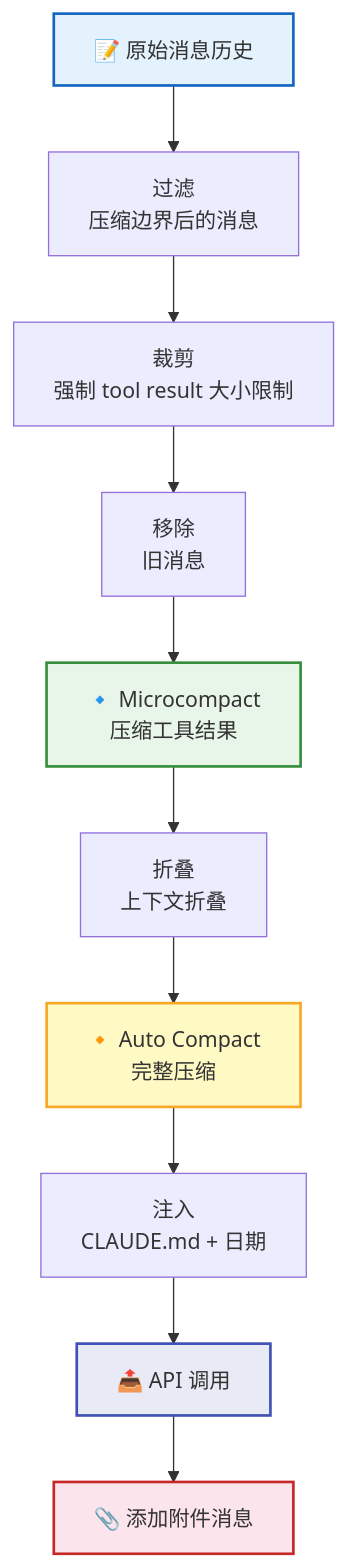
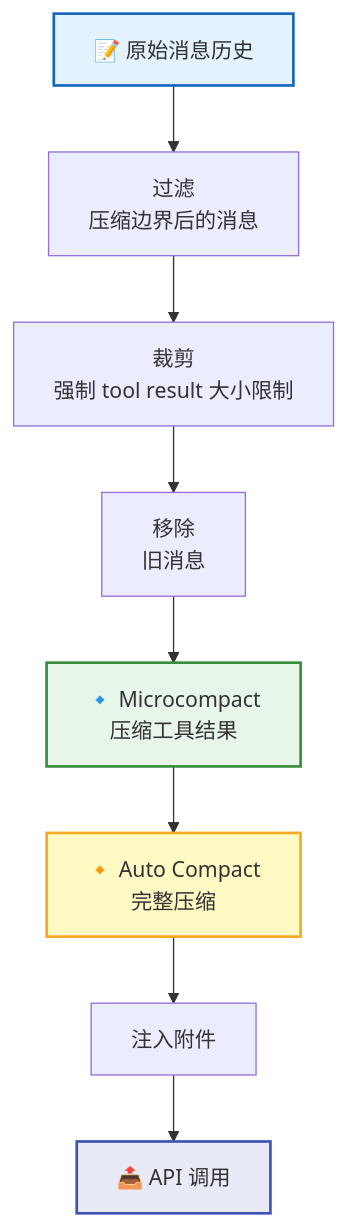
Before and after one commit to rtc-agent/docs: the sixth of 6 diagrams in src/content/docs/features/context-management.md, drawn with Mermaid. The commit also changed other lines of this file and 60 other files, not shown here.

First line of the commit message:
docs(site): refresh documentation with new sections and improved diagrams

````diff
--- a/src/content/docs/features/context-management.md
+++ b/src/content/docs/features/context-management.md
@@ -263,18 +194,15 @@
 ```mermaid
 flowchart TD
     A["📝 原始消息历史"] --> B["过滤<br/>压缩边界后的消息"]
     B --> C["裁剪<br/>强制 tool result 大小限制"]
     C --> D["移除<br/>旧消息"]
     D --> E["🔹 Microcompact<br/>压缩工具结果"]
-    E --> F["折叠<br/>上下文折叠"]
-    F --> G["🔸 Auto Compact<br/>完整压缩"]
-    G --> H["注入<br/>CLAUDE.md + 日期"]
+    E --> G["🔸 Auto Compact<br/>完整压缩"]
+    G --> H["注入附件"]
     H --> I["📤 API 调用"]
-    I --> J["📎 添加附件消息"]
 
     style A fill:#e3f2fd,stroke:#1565c0,stroke-width:2px
     style E fill:#e8f5e9,stroke:#388e3c,stroke-width:2px
     style G fill:#fff9c4,stroke:#f9a825,stroke-width:2px
     style I fill:#e8eaf6,stroke:#3f51b5,stroke-width:2px
-    style J fill:#fce4ec,stroke:#c62828,stroke-width:2px
 ```
````
